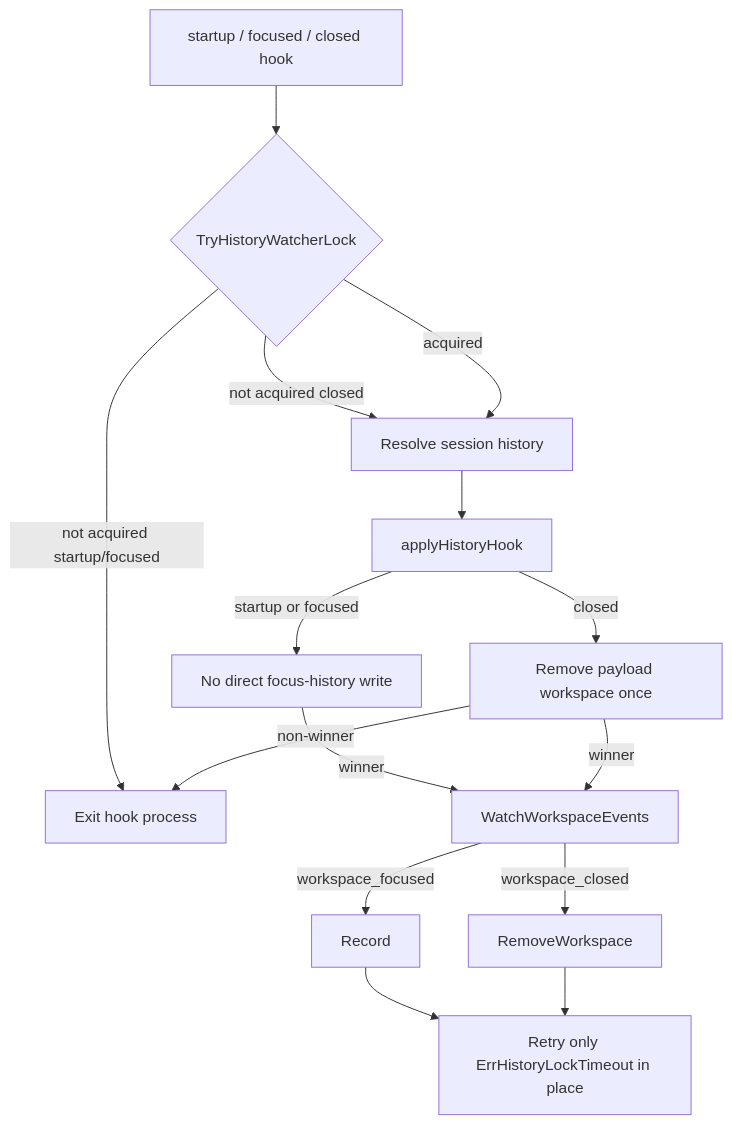
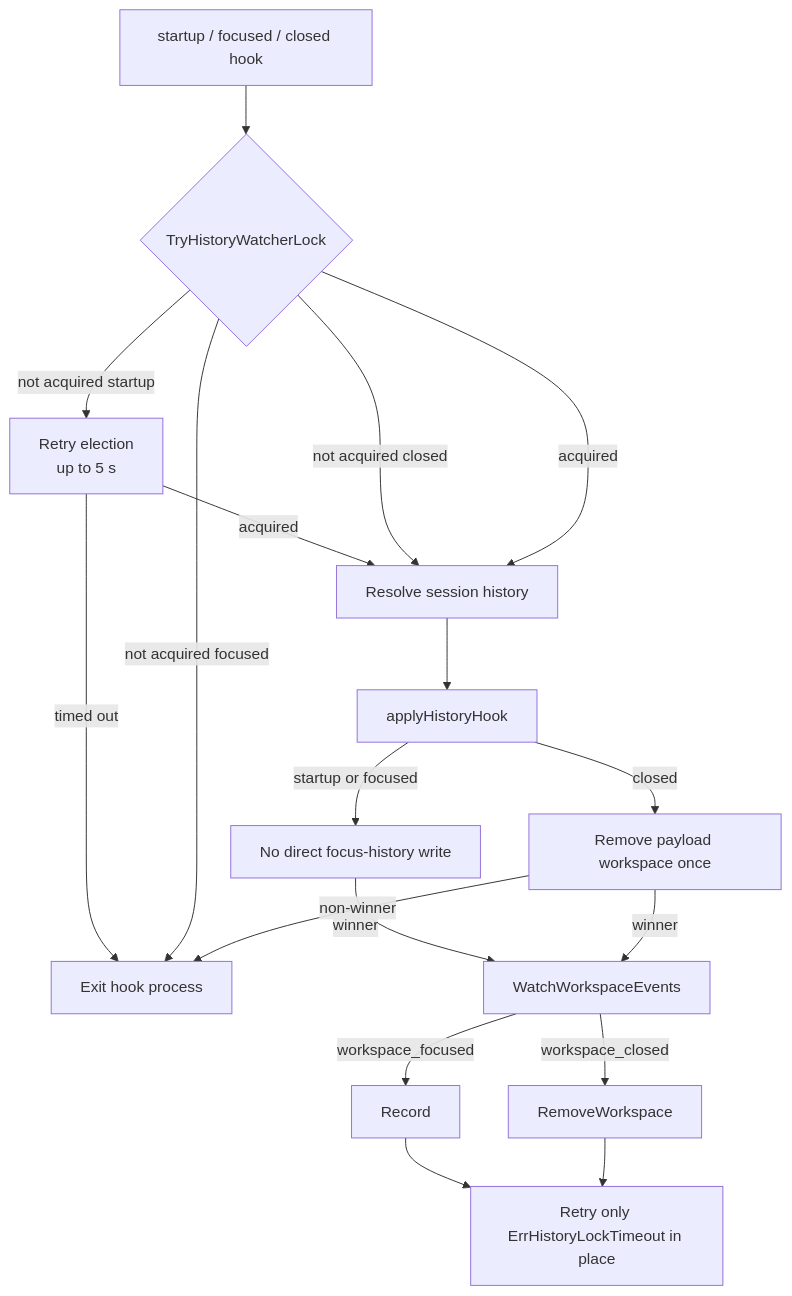
The first of 3 diagrams in docs/development/workspace-history.md (fullerzz/herdr-plugin-sesh), drawn with Mermaid before and after one commit. The commit also changed other lines of this file and 5 other files, not shown here.

````diff
--- a/docs/development/workspace-history.md
+++ b/docs/development/workspace-history.md
@@ -52,17 +55,20 @@
 ```mermaid
 flowchart TD
     Hook["startup / focused / closed hook"] --> Elect{"TryHistoryWatcherLock"}
-    Elect -->|not acquired startup/focused| Exit["Exit hook process"]
+    Elect -->|not acquired startup| Wait["Retry election<br/>up to 5 s"]
+    Wait -->|acquired| Resolve
+    Wait -->|timed out| Exit
+    Elect -->|not acquired focused| Exit["Exit hook process"]
     Elect -->|not acquired closed| Resolve["Resolve session history"]
     Elect -->|acquired| Resolve
     Resolve --> Apply["applyHistoryHook"]
     Apply -->|startup or focused| NoWrite["No direct focus-history write"]
     Apply -->|closed| RemoveOnce["Remove payload workspace once"]
     NoWrite -->|winner| Watch["WatchWorkspaceEvents"]
     RemoveOnce -->|winner| Watch
     RemoveOnce -->|non-winner| Exit
     Watch -->|workspace_focused| Record["Record"]
     Watch -->|workspace_closed| Remove["RemoveWorkspace"]
     Record --> Retry["Retry only ErrHistoryLockTimeout in place"]
     Remove --> Retry
 ```
````
